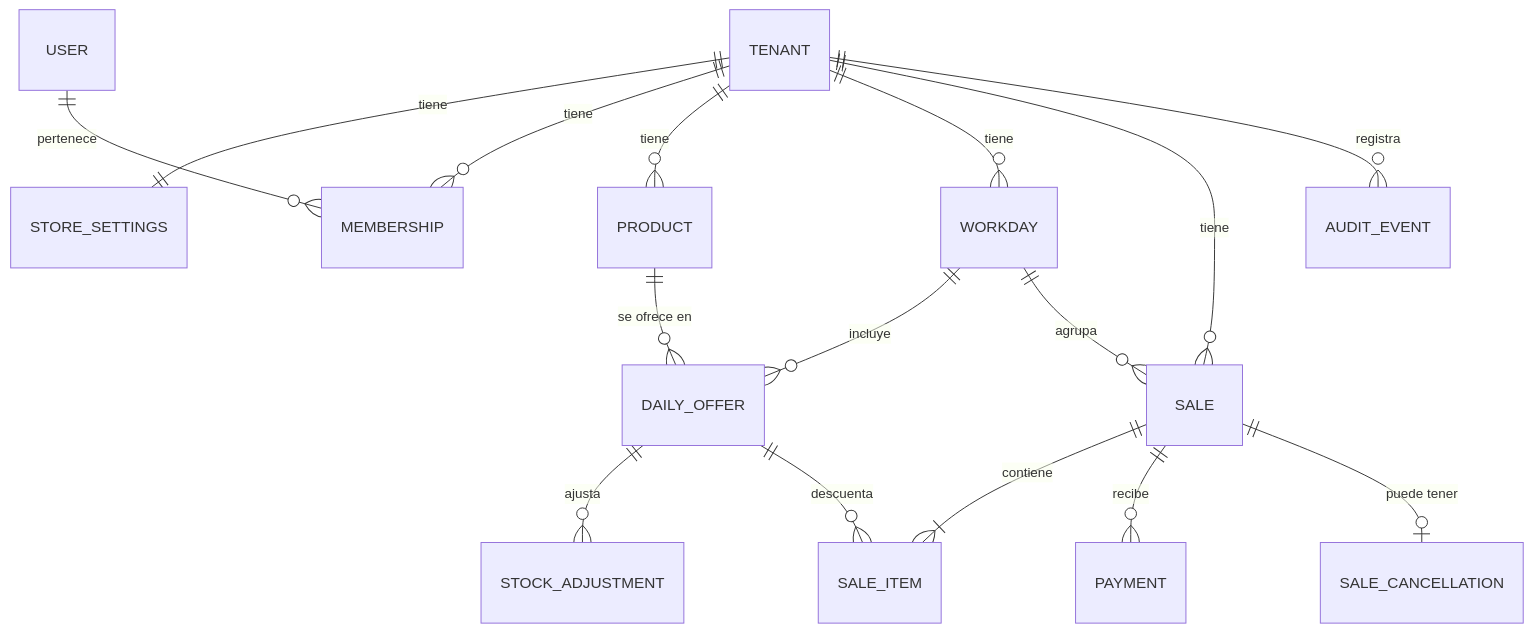
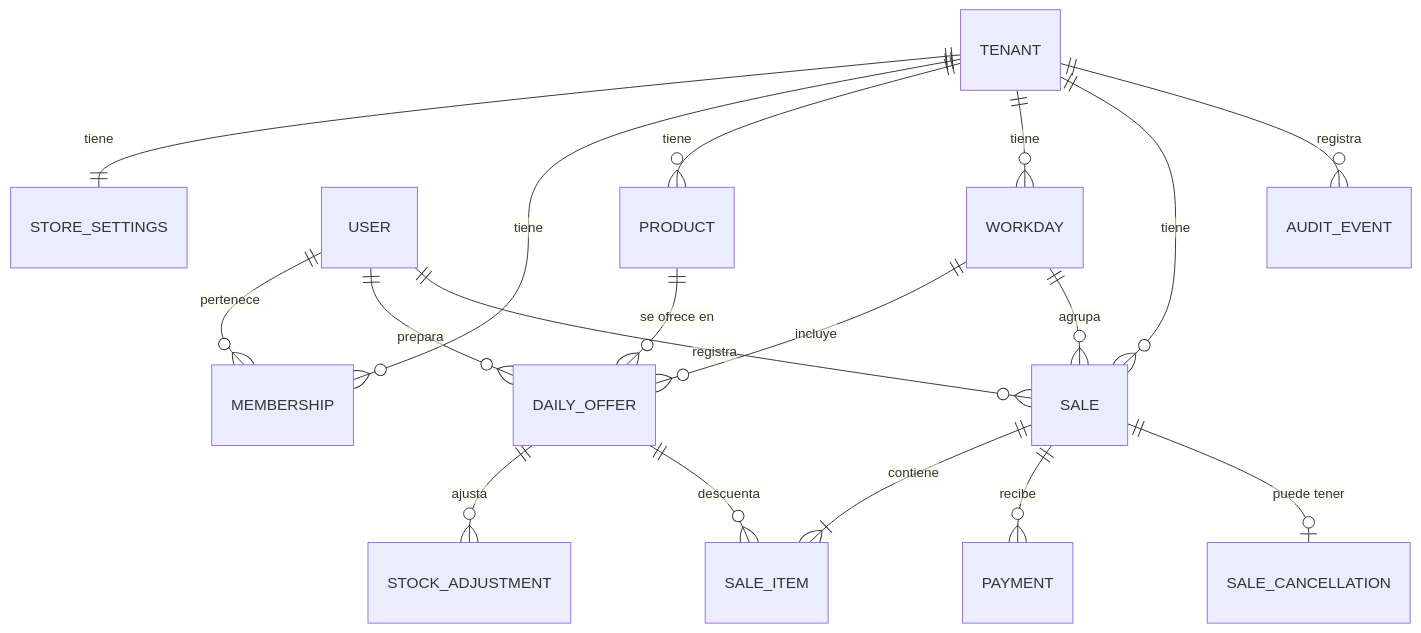
The diagram in docs/dominio.md (lsprz2773/POS), drawn with Mermaid before and after one commit. The commit also changed other lines of this file and 6 other files, not shown here.

````diff
--- a/docs/dominio.md
+++ b/docs/dominio.md
@@ -14,18 +14,20 @@
 ```mermaid
 erDiagram
   TENANT ||--|| STORE_SETTINGS : tiene
   TENANT ||--o{ MEMBERSHIP : tiene
   USER ||--o{ MEMBERSHIP : pertenece
   TENANT ||--o{ PRODUCT : tiene
   TENANT ||--o{ WORKDAY : tiene
   WORKDAY ||--o{ DAILY_OFFER : incluye
   PRODUCT ||--o{ DAILY_OFFER : "se ofrece en"
+  USER ||--o{ DAILY_OFFER : prepara
   DAILY_OFFER ||--o{ STOCK_ADJUSTMENT : ajusta
+  USER ||--o{ SALE : registra
   WORKDAY ||--o{ SALE : agrupa
   TENANT ||--o{ SALE : tiene
   SALE ||--|{ SALE_ITEM : contiene
   DAILY_OFFER ||--o{ SALE_ITEM : descuenta
   SALE ||--o{ PAYMENT : recibe
   SALE ||--o| SALE_CANCELLATION : "puede tener"
   TENANT ||--o{ AUDIT_EVENT : registra
 ```
````
